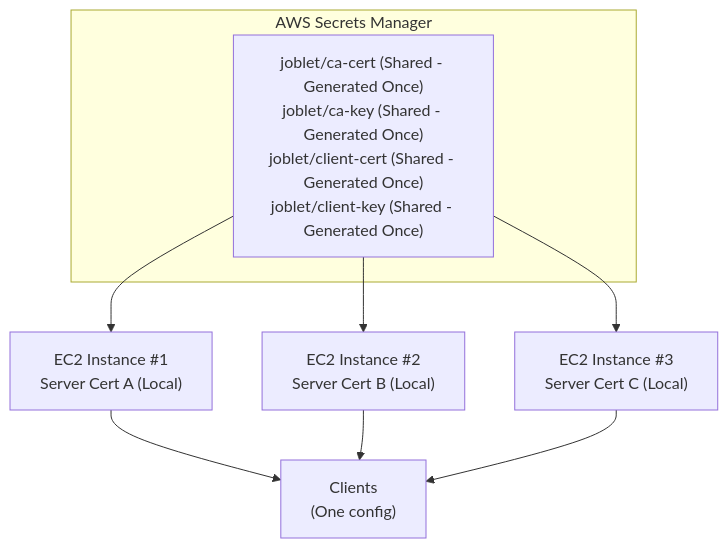
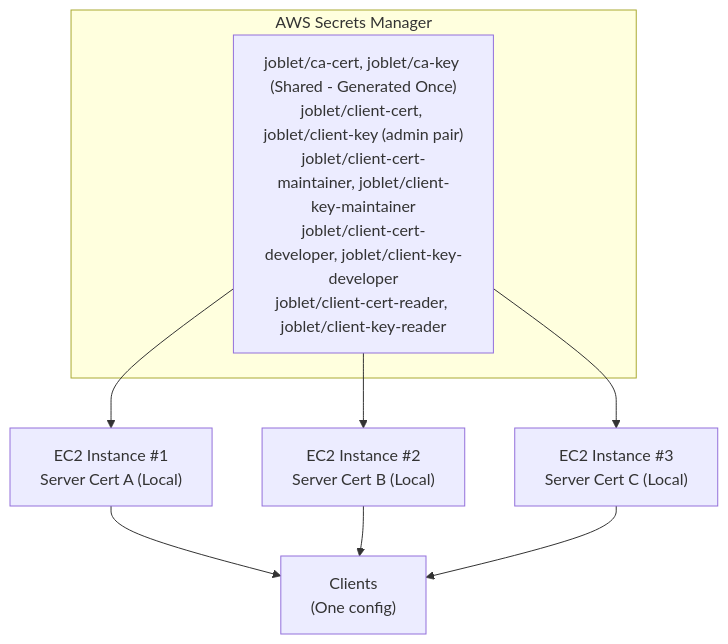
One commit to ehsaniara/joblet changed the first of 2 diagrams in docs/SECRETS_MANAGER_INTEGRATION.md. Above: the diagram before and after it, drawn with Mermaid. The commit also changed other lines of this file and 77 other files, not shown here.

````diff
--- a/docs/SECRETS_MANAGER_INTEGRATION.md
+++ b/docs/SECRETS_MANAGER_INTEGRATION.md
@@ -28,12 +28,12 @@
 ```mermaid
 flowchart TD
     subgraph SM["AWS Secrets Manager"]
-        N1["joblet/ca-cert (Shared - Generated Once)<br/>joblet/ca-key (Shared - Generated Once)<br/>joblet/client-cert (Shared - Generated Once)<br/>joblet/client-key (Shared - Generated Once)"]
+        N1["joblet/ca-cert, joblet/ca-key (Shared - Generated Once)<br/>joblet/client-cert, joblet/client-key (admin pair)<br/>joblet/client-cert-maintainer, joblet/client-key-maintainer<br/>joblet/client-cert-developer, joblet/client-key-developer<br/>joblet/client-cert-reader, joblet/client-key-reader"]
     end
     N1 --> N2["EC2 Instance #1<br/>Server Cert A (Local)"]
     N1 --> N3["EC2 Instance #2<br/>Server Cert B (Local)"]
     N1 --> N4["EC2 Instance #3<br/>Server Cert C (Local)"]
     N2 --> N5["Clients<br/>(One config)"]
     N3 --> N5
     N4 --> N5
 ```
````
